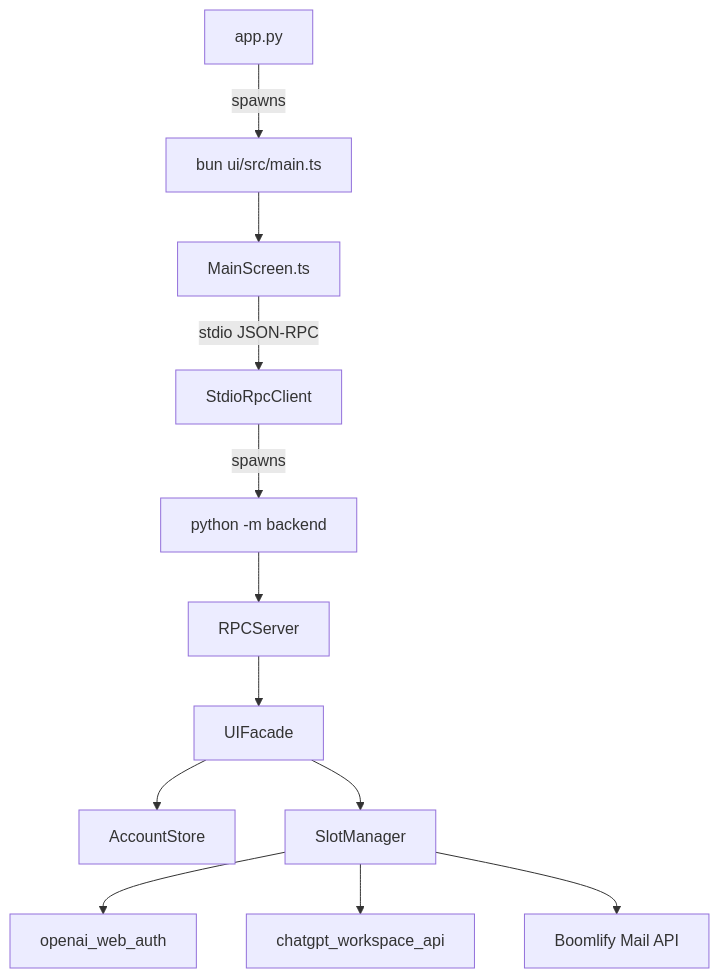
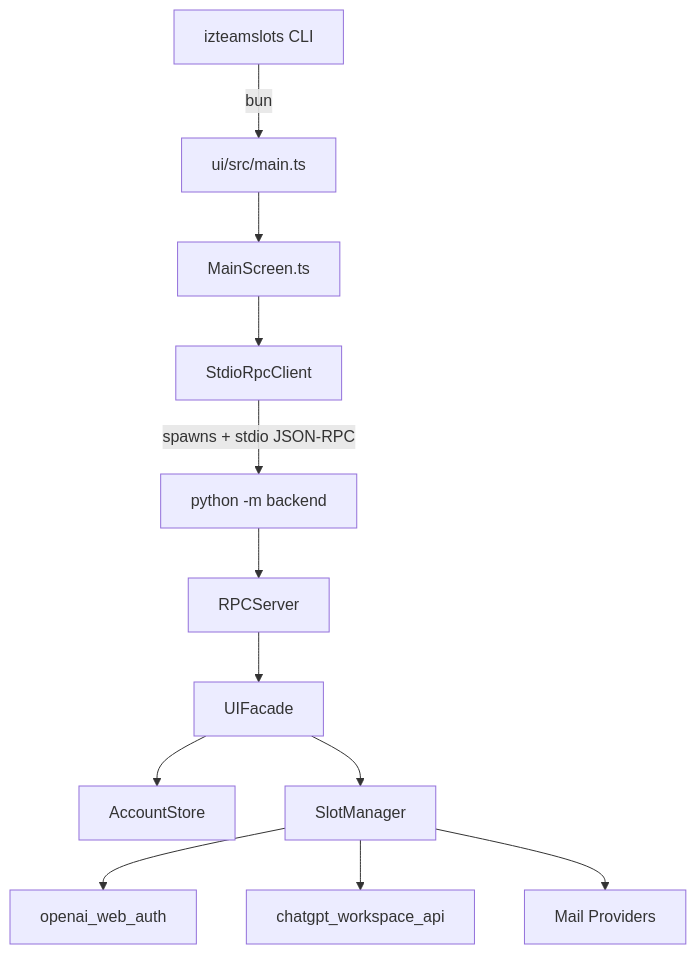
One commit to izzzzzi/izTeamSlots changed the first of 3 diagrams in README.md. Above: the diagram before and after it, drawn with Mermaid. The commit also changed other lines of this file and 12 other files, not shown here.

````diff
--- a/README.md
+++ b/README.md
@@ -148,14 +145,14 @@
 ```mermaid
 flowchart TD
-    A[app.py] -->|spawns| B[bun ui/src/main.ts]
+    A[izteamslots CLI] -->|bun| B[ui/src/main.ts]
     B --> C[MainScreen.ts]
-    C -->|stdio JSON-RPC| D[StdioRpcClient]
-    D -->|spawns| E[python -m backend]
+    C --> D[StdioRpcClient]
+    D -->|spawns + stdio JSON-RPC| E[python -m backend]
     E --> F[RPCServer]
     F --> G[UIFacade]
     G --> H[AccountStore]
     G --> I[SlotManager]
     I --> J[openai_web_auth]
     I --> K[chatgpt_workspace_api]
-    I --> L[Boomlify Mail API]
+    I --> L[Mail Providers]
 ```
````
